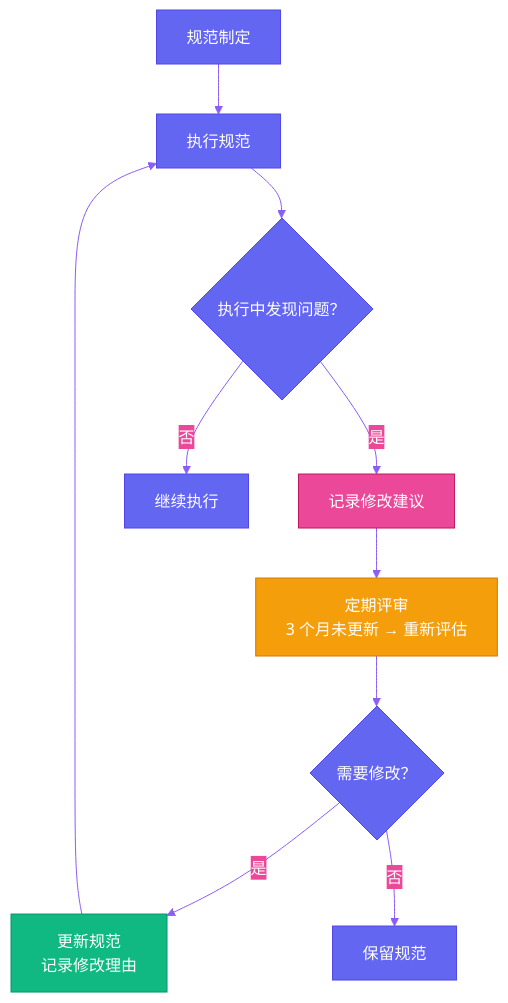
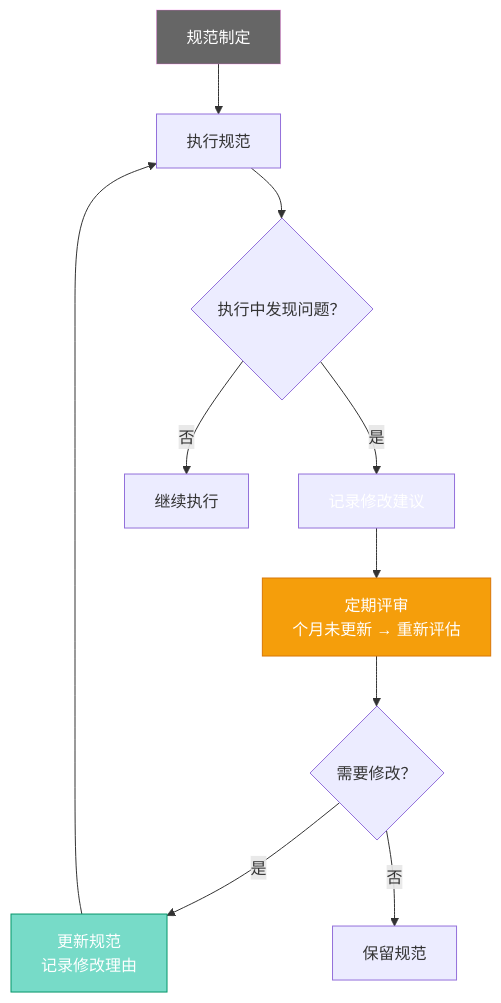
The diagram in posts/yason-and-roberts/zh/ch15.md (VokoForge/ai-prism), drawn with Mermaid before and after one commit. The commit also changed 31 other files, not shown here.

First line of the commit message:
✨ Rewrite all articles: hook titles, Mermaid diagrams, engaging style

````diff
--- a/posts/yason-and-roberts/zh/ch15.md
+++ b/posts/yason-and-roberts/zh/ch15.md
@@ -81,18 +81,17 @@
 ```mermaid
-%%{init: {'theme': 'base', 'themeVariables': {'primaryColor': '#6366f1','primaryTextColor': '#fff','primaryBorderColor': '#4f46e5','lineColor': '#8b5cf6','secondaryColor': '#ec4899','tertiaryColor': '#f59e0b'}}}%%
 flowchart TB
     A["规范制定"] --> B["执行规范"]
     B --> C{"执行中发现问题？"}
     C -->|"是"| D["记录修改建议"]
     C -->|"否"| E["继续执行"]
-    D --> F["定期评审<br>3 个月未更新 → 重新评估"]
+    D --> F["定期评审<br> 个月未更新 → 重新评估"]
     F --> G{"需要修改？"}
     G -->|"是"| H["更新规范<br>记录修改理由"]
     G -->|"否"| I["保留规范"]
     H --> B
 
-    style A fill:#6366f1,stroke:#4f46e5,color:#fff
-    style D fill:#ec4899,stroke:#be185d,color:#fff
+    style A fill:#666f,stroke:#f6e5,color:#fff
+    style D fill:#ec899,stroke:#be85d,color:#fff
     style F fill:#f59e0b,stroke:#d97706,color:#fff
-    style H fill:#10b981,stroke:#059669,color:#fff
+    style H fill:#0b98,stroke:#059669,color:#fff
 ```
````
